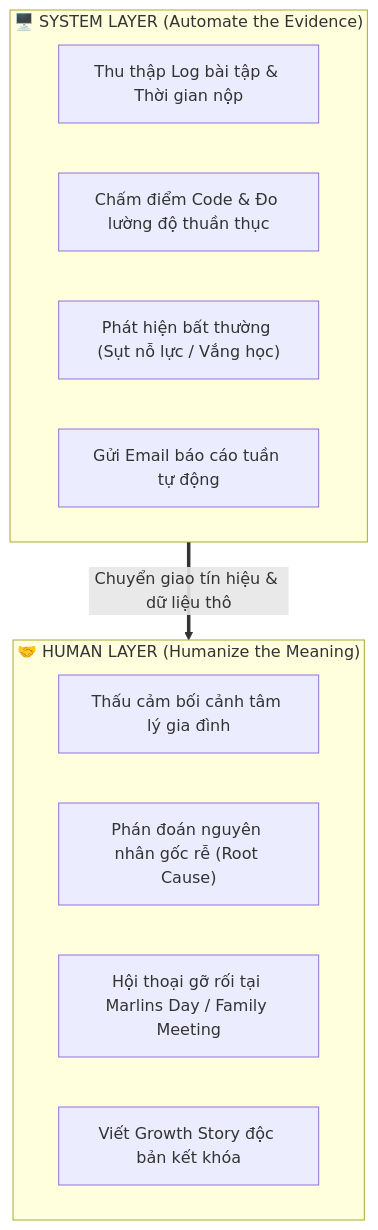
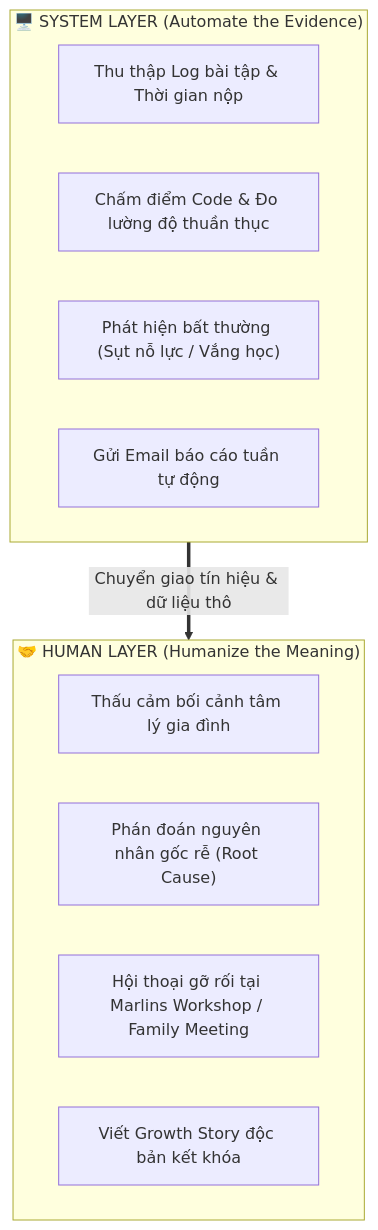
One commit to hongdang023/Marlins-Care changed the diagram in overview/capability-map.md. Above: the diagram before and after it, drawn with Mermaid. The commit also changed other lines of this file and 70 other files, not shown here.

Commit message:
feat: update Marlins Workshop schedule/agenda & remove Marlins Day offline references

````diff
--- a/overview/capability-map.md
+++ b/overview/capability-map.md
@@ -14,18 +14,18 @@
 ```mermaid
 graph TD
     subgraph SystemLayer["🖥️ SYSTEM LAYER (Automate the Evidence)"]
         S1["Thu thập Log bài tập & Thời gian nộp"]
         S2["Chấm điểm Code & Đo lường độ thuần thục"]
         S3["Phát hiện bất thường (Sụt nỗ lực / Vắng học)"]
         S4["Gửi Email báo cáo tuần tự động"]
     end
 
     subgraph HumanLayer["🤝 HUMAN LAYER (Humanize the Meaning)"]
         H1["Thấu cảm bối cảnh tâm lý gia đình"]
         H2["Phán đoán nguyên nhân gốc rễ (Root Cause)"]
-        H3["Hội thoại gỡ rối tại Marlins Day / Family Meeting"]
+        H3["Hội thoại gỡ rối tại Marlins Workshop / Family Meeting"]
         H4["Viết Growth Story độc bản kết khóa"]
     end
 
     SystemLayer ==>|Chuyển giao tín hiệu & dữ liệu thô| HumanLayer
 ```
````
